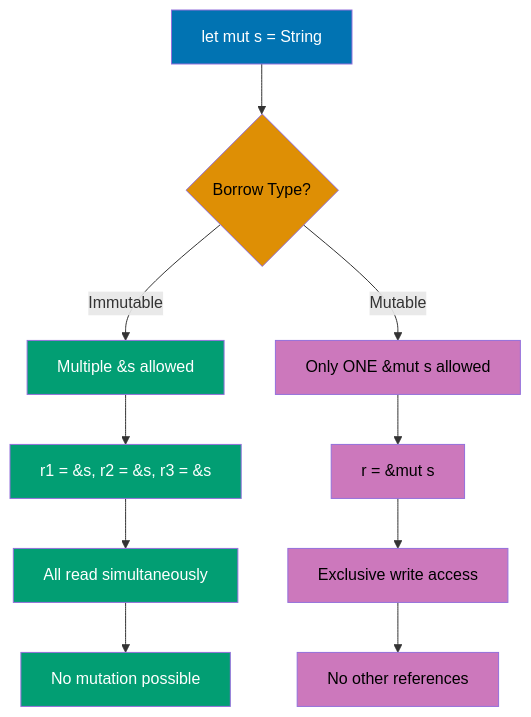
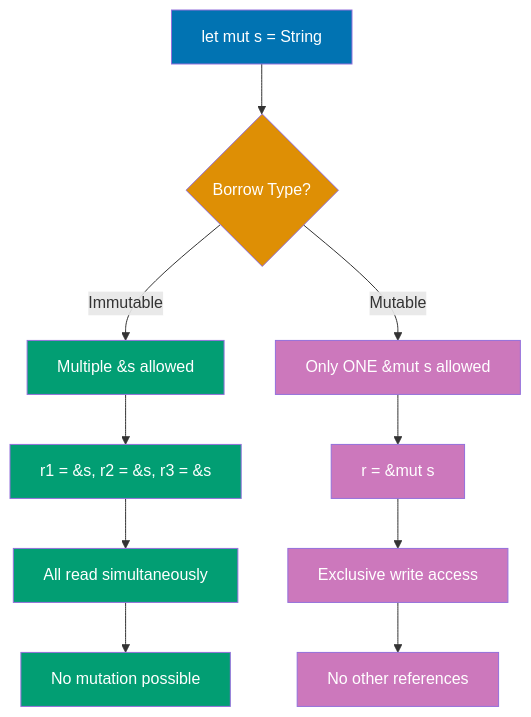
One commit to wahidyankf/open-sharia-enterprise changed the sixth of 9 diagrams in apps/ayokoding-web/content/en/learn/software-engineering/programming-languages/rust/by-example/beginner.md. Above: the diagram before and after it, drawn with Mermaid. The commit also changed other lines of this file and 61 other files, not shown here.

First line of the commit message:
fix(ayokoding-web): quote Mermaid node labels with special characters in Example 63

````diff
--- a/apps/ayokoding-web/content/en/learn/software-engineering/programming-languages/rust/by-example/beginner.md
+++ b/apps/ayokoding-web/content/en/learn/software-engineering/programming-languages/rust/by-example/beginner.md
@@ -967,25 +967,25 @@
 ```mermaid
 %% Borrowing rules: readers-writer lock at compile-time
 graph TD
     A[let mut s = String] --> B{Borrow Type?}
     B -->|Immutable| C[Multiple &s allowed]
     C --> D[r1 = &s, r2 = &s, r3 = &s]
     D --> E[All read simultaneously]
     E --> F[No mutation possible]
 
     B -->|Mutable| G[Only ONE &mut s allowed]
     G --> H[r = &mut s]
     H --> I[Exclusive write access]
     I --> J[No other references]
 
     style A fill:#0173B2,color:#fff
-    style B fill:#DE8F05,color:#000
+    style B fill:#DE8F05,color:#fff
     style C fill:#029E73,color:#fff
     style D fill:#029E73,color:#fff
     style E fill:#029E73,color:#fff
     style F fill:#029E73,color:#fff
-    style G fill:#CC78BC,color:#000
-    style H fill:#CC78BC,color:#000
-    style I fill:#CC78BC,color:#000
-    style J fill:#CC78BC,color:#000
+    style G fill:#CC78BC,color:#fff
+    style H fill:#CC78BC,color:#fff
+    style I fill:#CC78BC,color:#fff
+    style J fill:#CC78BC,color:#fff
 ```
````
